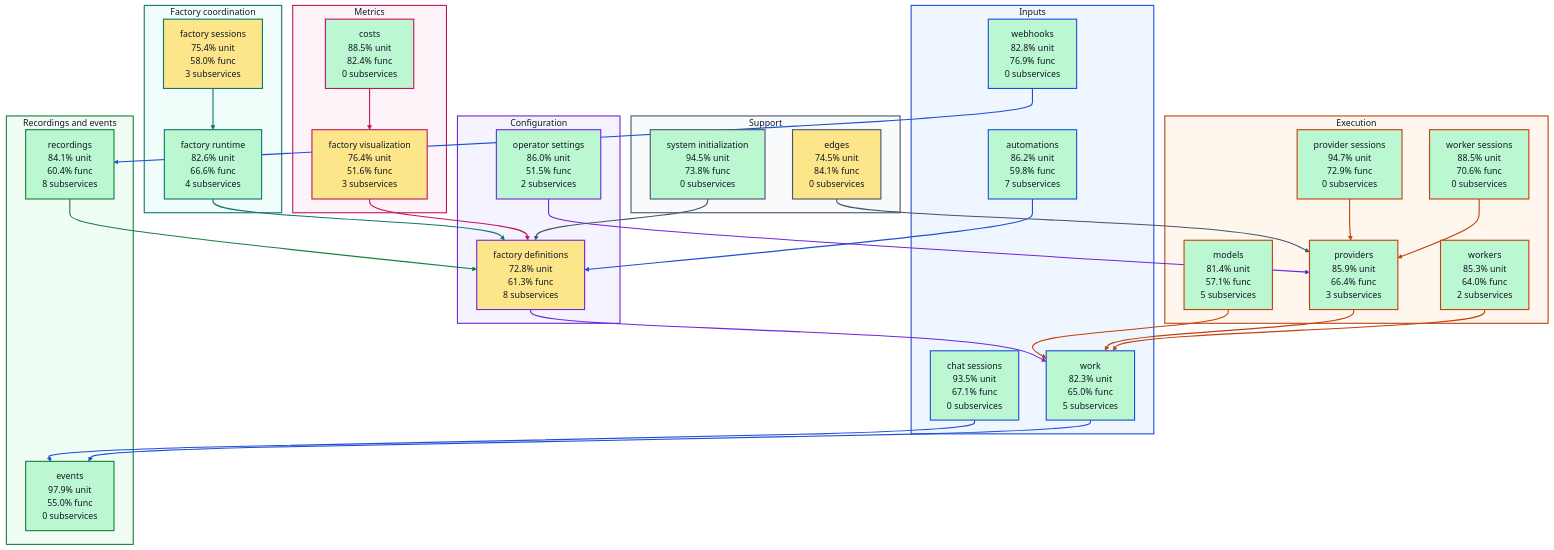
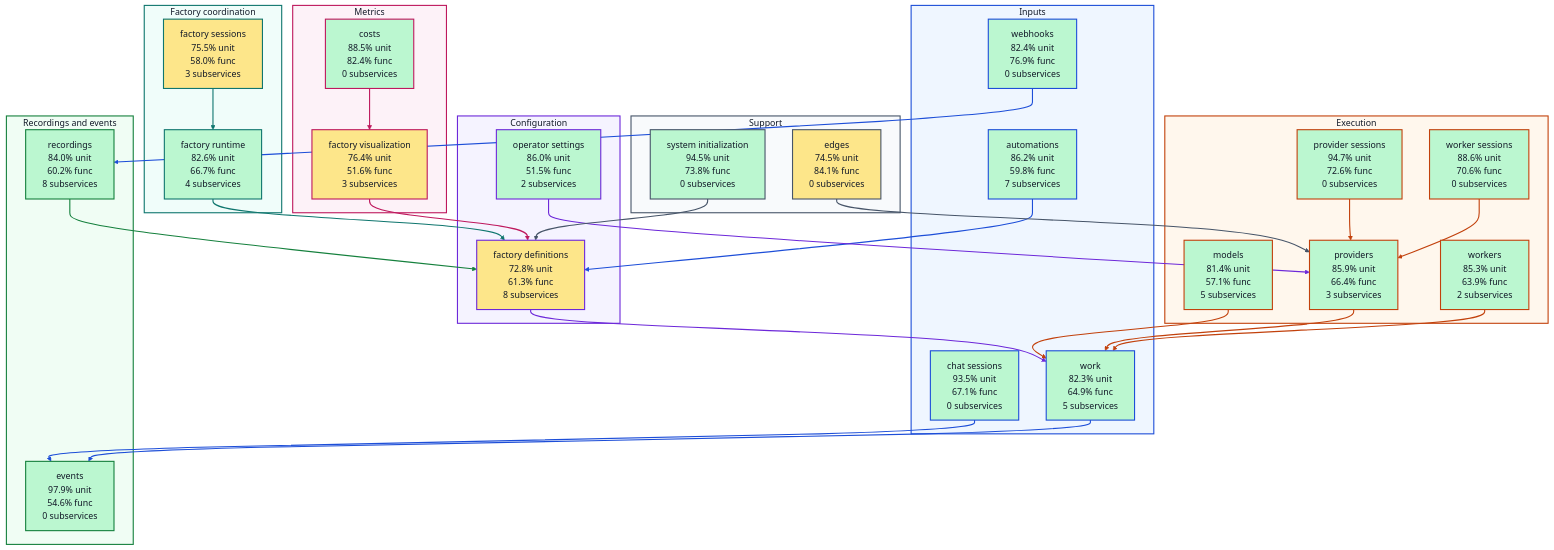
The diagram in docs/architecture/visualizations/high-level-test-coverage.md (portpowered/you-agent-factory), drawn with Mermaid (base theme) before and after one commit. The commit also changed other lines of this file and 20 other files, not shown here.

Commit message:
docs: refresh backend architecture visualizations

```diff
--- a/docs/architecture/visualizations/high-level-test-coverage.md
+++ b/docs/architecture/visualizations/high-level-test-coverage.md
@@ -13,27 +13,27 @@
   subgraph input["Inputs"]
     s_services_automations["automations<br/>86.2% unit<br/>59.8% func<br/>7 subservices"]
     s_services_chat_sessions["chat sessions<br/>93.5% unit<br/>67.1% func<br/>0 subservices"]
-    s_services_webhooks["webhooks<br/>82.8% unit<br/>76.9% func<br/>0 subservices"]
-    s_services_work["work<br/>82.3% unit<br/>65.0% func<br/>5 subservices"]
+    s_services_webhooks["webhooks<br/>82.4% unit<br/>76.9% func<br/>0 subservices"]
+    s_services_work["work<br/>82.3% unit<br/>64.9% func<br/>5 subservices"]
   end
   subgraph configuration["Configuration"]
     s_services_factory_definitions["factory definitions<br/>72.8% unit<br/>61.3% func<br/>8 subservices"]
     s_services_operator_settings["operator settings<br/>86.0% unit<br/>51.5% func<br/>2 subservices"]
   end
   subgraph coordination["Factory coordination"]
-    s_services_factory_runtime["factory runtime<br/>82.6% unit<br/>66.6% func<br/>4 subservices"]
-    s_services_factory_sessions["factory sessions<br/>75.4% unit<br/>58.0% func<br/>3 subservices"]
+    s_services_factory_runtime["factory runtime<br/>82.6% unit<br/>66.7% func<br/>4 subservices"]
+    s_services_factory_sessions["factory sessions<br/>75.5% unit<br/>58.0% func<br/>3 subservices"]
   end
   subgraph execution["Execution"]
     s_services_models["models<br/>81.4% unit<br/>57.1% func<br/>5 subservices"]
-    s_services_provider_sessions["provider sessions<br/>94.7% unit<br/>72.9% func<br/>0 subservices"]
+    s_services_provider_sessions["provider sessions<br/>94.7% unit<br/>72.6% func<br/>0 subservices"]
     s_services_providers["providers<br/>85.9% unit<br/>66.4% func<br/>3 subservices"]
-    s_services_worker_sessions["worker sessions<br/>88.5% unit<br/>70.6% func<br/>0 subservices"]
-    s_services_workers["workers<br/>85.3% unit<br/>64.0% func<br/>2 subservices"]
+    s_services_worker_sessions["worker sessions<br/>88.6% unit<br/>70.6% func<br/>0 subservices"]
+    s_services_workers["workers<br/>85.3% unit<br/>63.9% func<br/>2 subservices"]
   end
   subgraph recordings["Recordings and events"]
-    s_services_events["events<br/>97.9% unit<br/>55.0% func<br/>0 subservices"]
-    s_services_recordings["recordings<br/>84.1% unit<br/>60.4% func<br/>8 subservices"]
+    s_services_events["events<br/>97.9% unit<br/>54.6% func<br/>0 subservices"]
+    s_services_recordings["recordings<br/>84.0% unit<br/>60.2% func<br/>8 subservices"]
   end
   subgraph metrics["Metrics"]
     s_services_costs["costs<br/>88.5% unit<br/>82.4% func<br/>0 subservices"]
```
